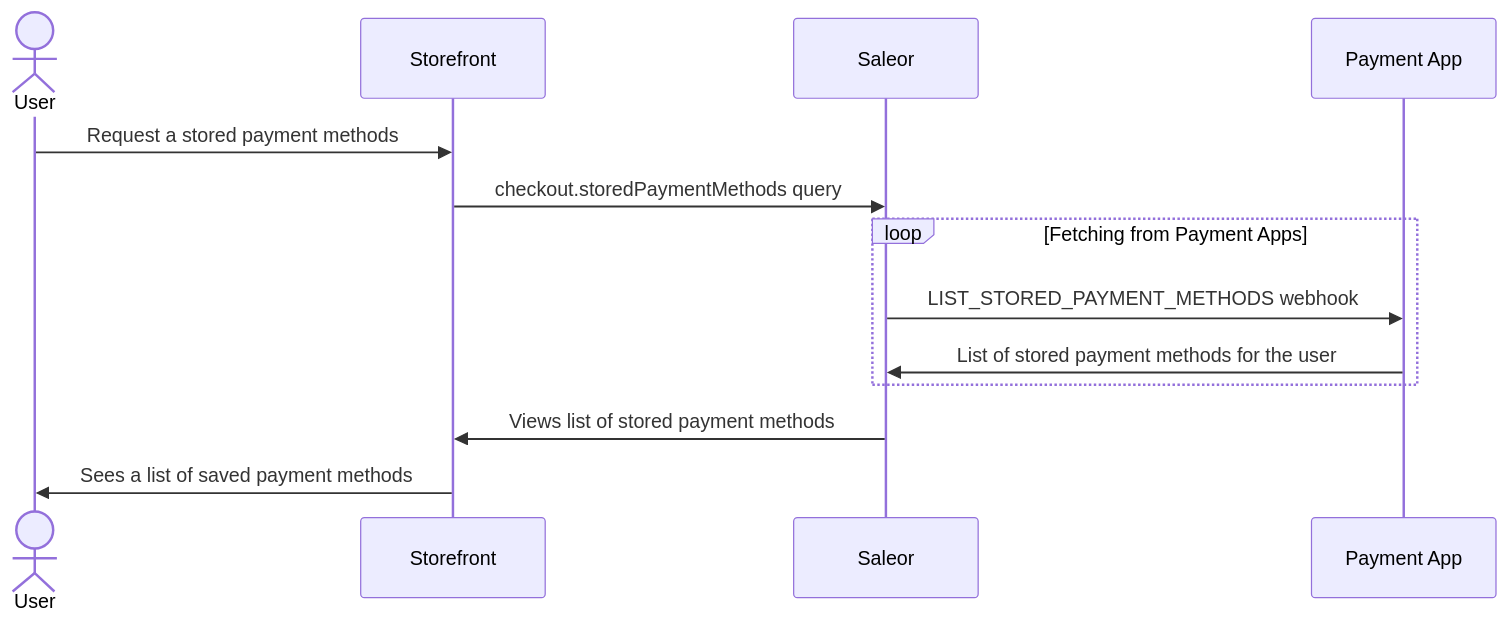
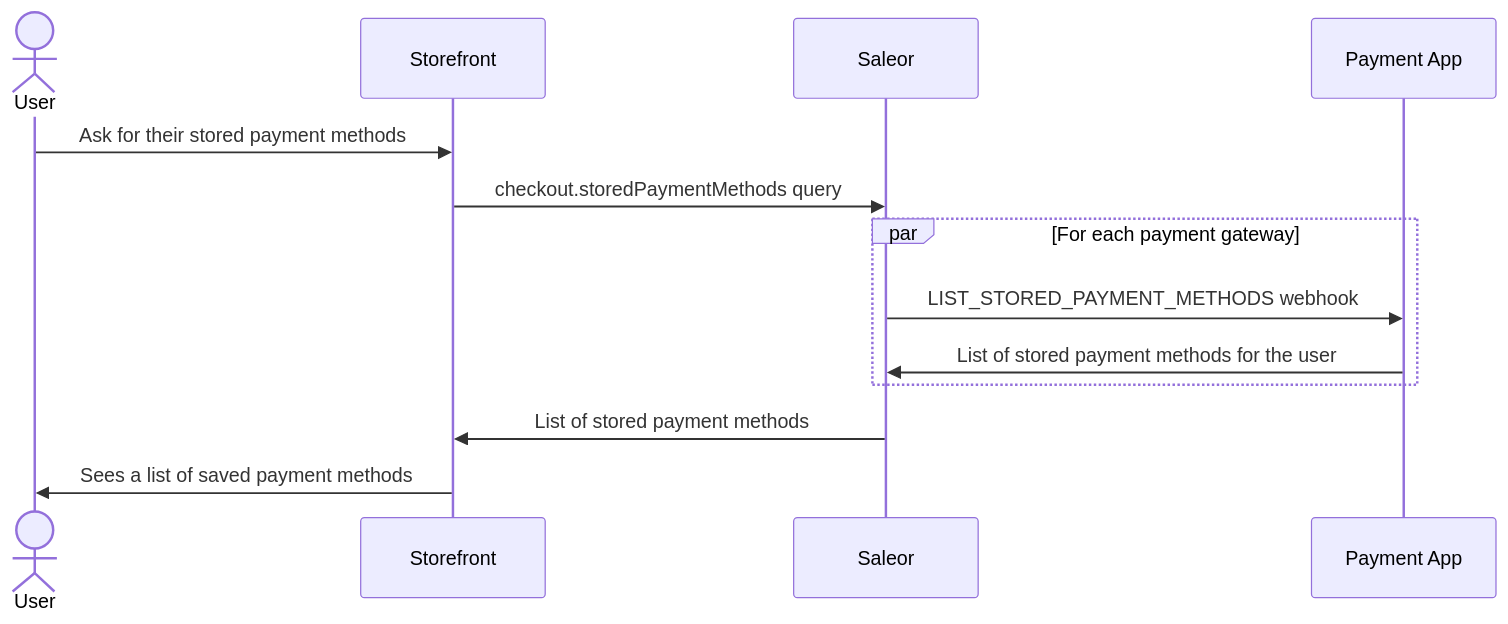
Before and after one commit to saleor/saleor-docs: the fifth of 5 diagrams in docs/developer/payments.mdx, drawn with Mermaid. The commit also changed other lines of this file and 10 other files, not shown here.

````diff
--- a/docs/developer/payments.mdx
+++ b/docs/developer/payments.mdx
@@ -990,12 +1054,12 @@
 ```mermaid
 sequenceDiagram
     actor User
-    User->>Storefront: Request a stored payment methods
+    User->>Storefront: Ask for their stored payment methods
     Storefront->>Saleor: checkout.storedPaymentMethods query
-    loop Fetching from Payment Apps
-    Saleor->>Payment App: LIST_STORED_PAYMENT_METHODS webhook
-    Payment App->>Saleor: List of stored payment methods for the user
+    par For each payment gateway
+      Saleor->>Payment App: LIST_STORED_PAYMENT_METHODS webhook
+      Payment App->>Saleor: List of stored payment methods for the user
     end
-    Saleor->>Storefront: Views list of stored payment methods
+    Saleor->>Storefront: List of stored payment methods
     Storefront->>User: Sees a list of saved payment methods
 ```
````
